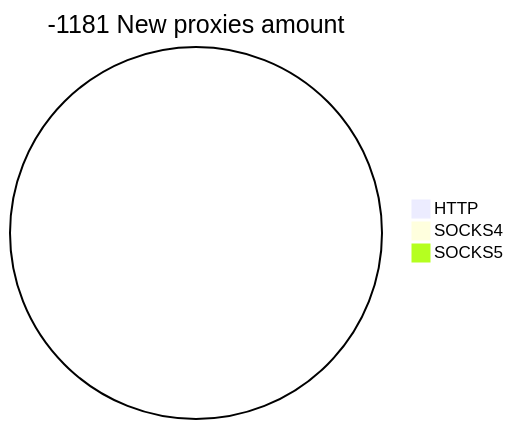
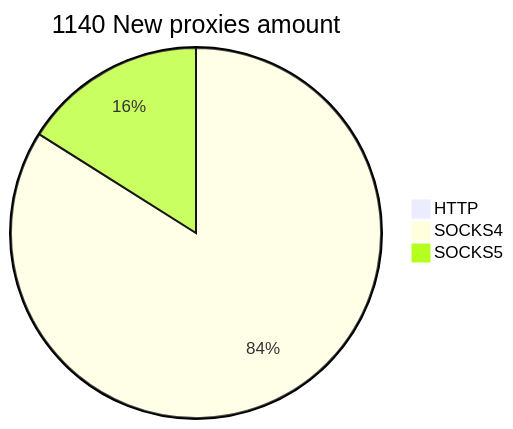
The second of 2 diagrams in README.md (cutipu/proxylist), drawn with Mermaid before and after one commit. The commit also changed other lines of this file, not shown here.

````diff
--- a/README.md
+++ b/README.md
@@ -10,6 +10,6 @@
 ```mermaid
-pie title -1181 New proxies amount
+pie title 1140 New proxies amount
     "HTTP" : 0
-    "SOCKS4" : 0
-    "SOCKS5" : 0
+    "SOCKS4" : 968
+    "SOCKS5" : 185
 ```
````
